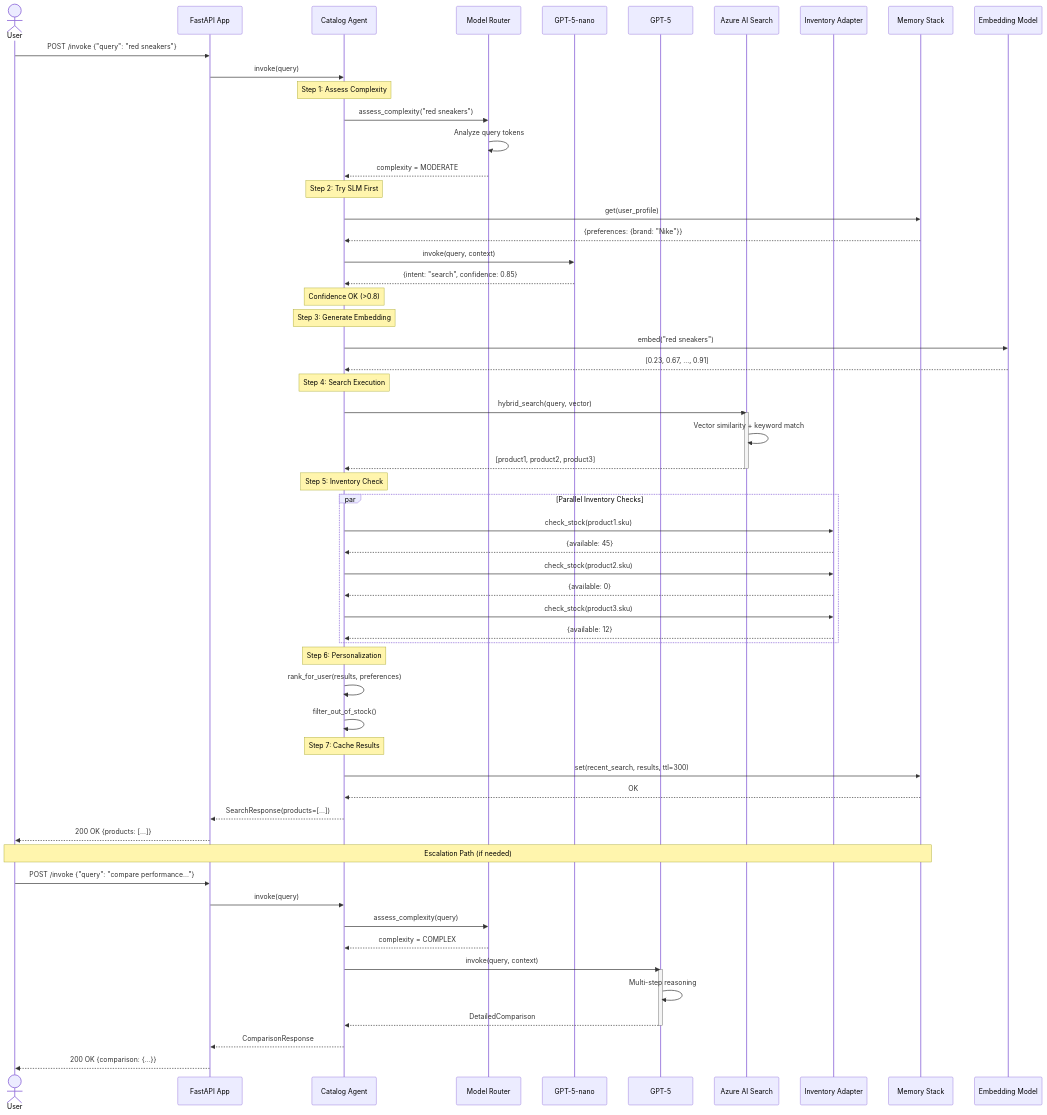
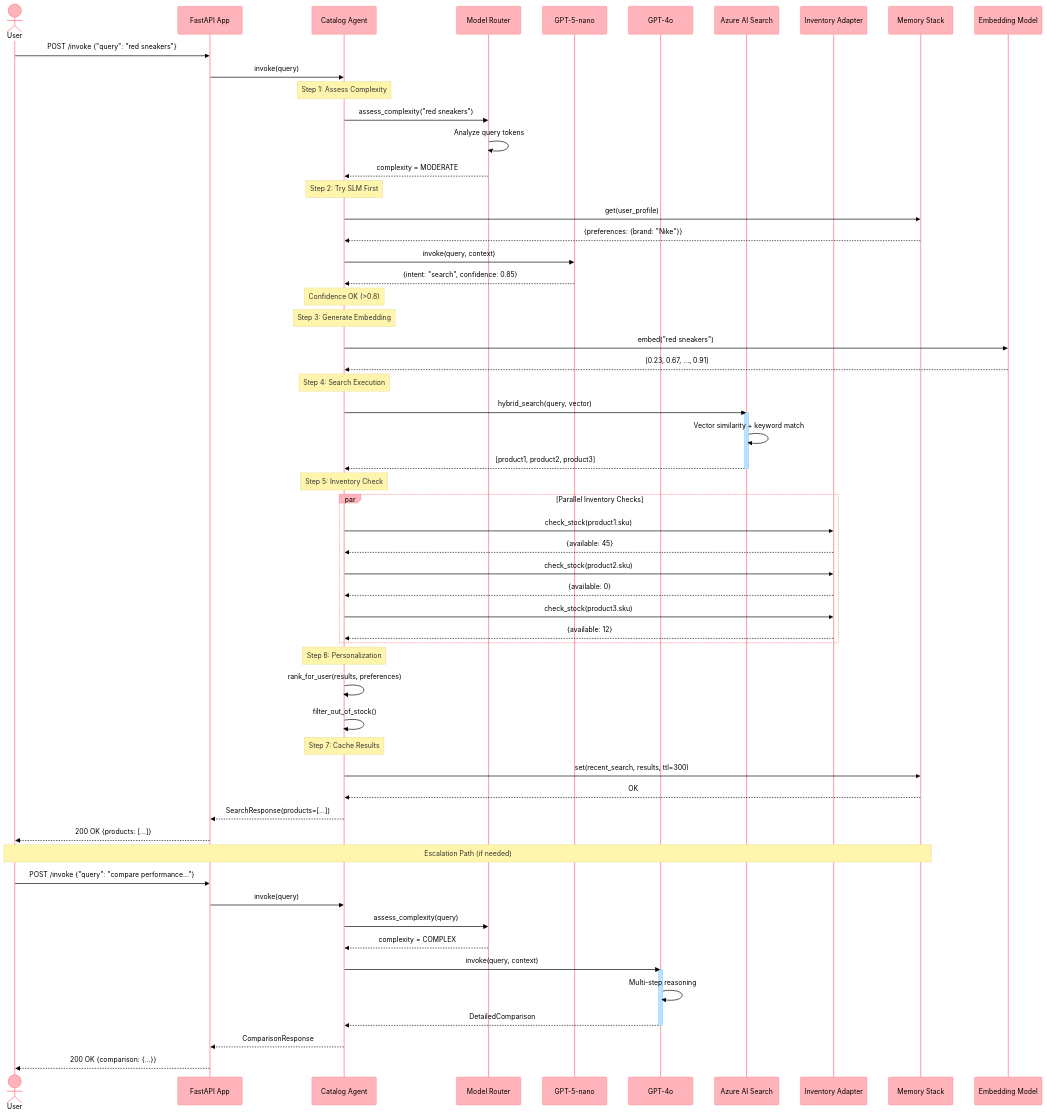
The diagram in docs/architecture/diagrams/sequence-catalog-search.md (Azure-Samples/holiday-peak-hub), drawn with Mermaid before and after one commit. The commit also changed other lines of this file and 112 other files, not shown here.

````diff
--- a/docs/architecture/diagrams/sequence-catalog-search.md
+++ b/docs/architecture/diagrams/sequence-catalog-search.md
@@ -16,78 +18,79 @@
 ```mermaid
+%%{init: {'theme':'base', 'themeVariables': {'primaryColor':'#FFB3BA','primaryTextColor':'#000','primaryBorderColor':'#FF8B94','lineColor':'#BAE1FF','secondaryColor':'#BAE1FF','tertiaryColor':'#FFFFFF'}}}%%
 sequenceDiagram
     actor User
     participant API as FastAPI App
     participant Agent as Catalog Agent
     participant Router as Model Router
     participant SLM as GPT-5-nano
-    participant LLM as GPT-5
+    participant LLM as GPT-4o
     participant Search as Azure AI Search
     participant Inventory as Inventory Adapter
     participant Memory as Memory Stack
     participant Embedding as Embedding Model
 
     User->>API: POST /invoke {"query": "red sneakers"}
     API->>Agent: invoke(query)
     
     Note over Agent: Step 1: Assess Complexity
     Agent->>Router: assess_complexity("red sneakers")
     Router->>Router: Analyze query tokens
     Router-->>Agent: complexity = MODERATE
     
     Note over Agent: Step 2: Try SLM First
     Agent->>Memory: get(user_profile)
     Memory-->>Agent: {preferences: {brand: "Nike"}}
     
     Agent->>SLM: invoke(query, context)
     SLM-->>Agent: {intent: "search", confidence: 0.85}
     
     Note over Agent: Confidence OK (>0.8)
     
     Note over Agent: Step 3: Generate Embedding
     Agent->>Embedding: embed("red sneakers")
     Embedding-->>Agent: [0.23, 0.67, ..., 0.91]
     
     Note over Agent: Step 4: Search Execution
     Agent->>Search: hybrid_search(query, vector)
     activate Search
     Search->>Search: Vector similarity + keyword match
     Search-->>Agent: [product1, product2, product3]
     deactivate Search
     
     Note over Agent: Step 5: Inventory Check
     par Parallel Inventory Checks
         Agent->>Inventory: check_stock(product1.sku)
         Inventory-->>Agent: {available: 45}
         Agent->>Inventory: check_stock(product2.sku)
         Inventory-->>Agent: {available: 0}
         Agent->>Inventory: check_stock(product3.sku)
         Inventory-->>Agent: {available: 12}
     end
     
     Note over Agent: Step 6: Personalization
     Agent->>Agent: rank_for_user(results, preferences)
     Agent->>Agent: filter_out_of_stock()
     
     Note over Agent: Step 7: Cache Results
     Agent->>Memory: set(recent_search, results, ttl=300)
     Memory-->>Agent: OK
     
     Agent-->>API: SearchResponse(products=[...])
     API-->>User: 200 OK {products: [...]}
     
     Note over User,Memory: Escalation Path (if needed)
     
     User->>API: POST /invoke {"query": "compare performance..."}
     API->>Agent: invoke(query)
     Agent->>Router: assess_complexity(query)
     Router-->>Agent: complexity = COMPLEX
     
     Agent->>LLM: invoke(query, context)
     activate LLM
     LLM->>LLM: Multi-step reasoning
     LLM-->>Agent: DetailedComparison
     deactivate LLM
     
     Agent-->>API: ComparisonResponse
     API-->>User: 200 OK {comparison: {...}}
 ```
````
